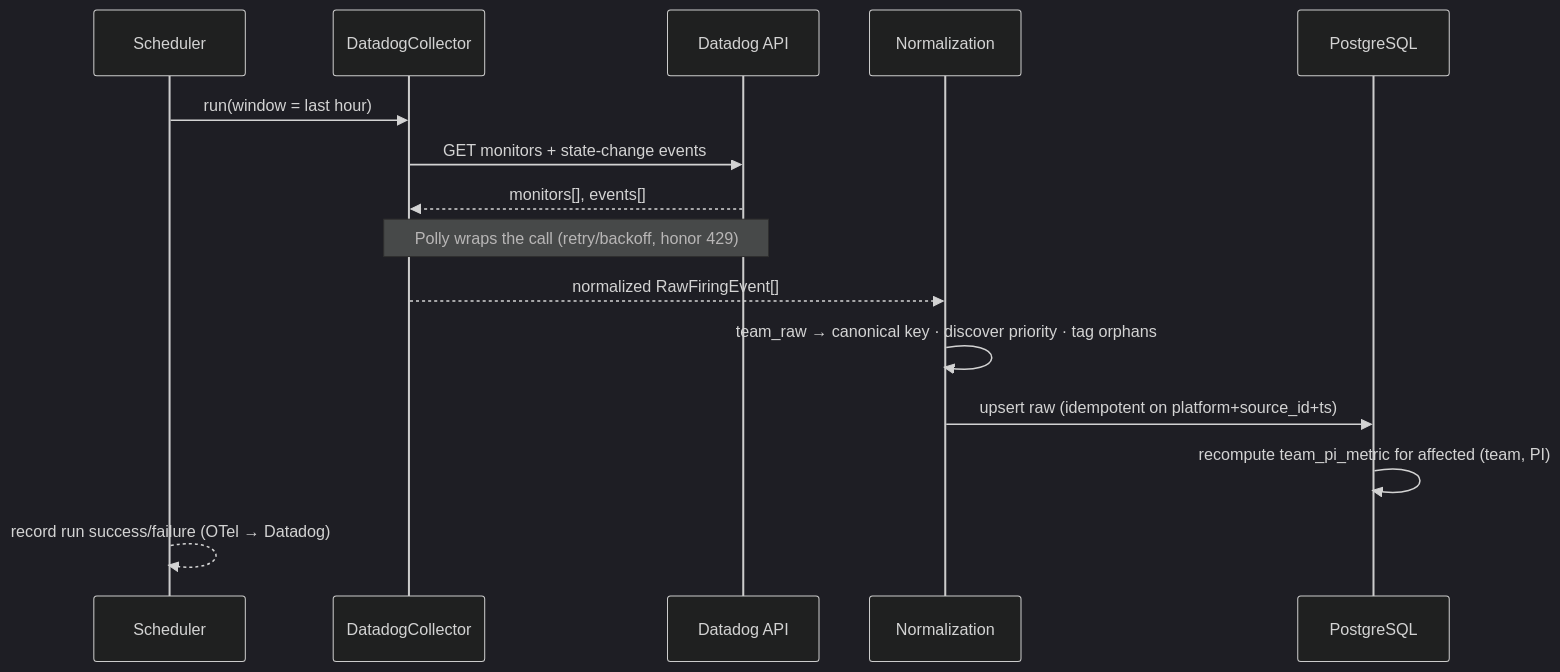
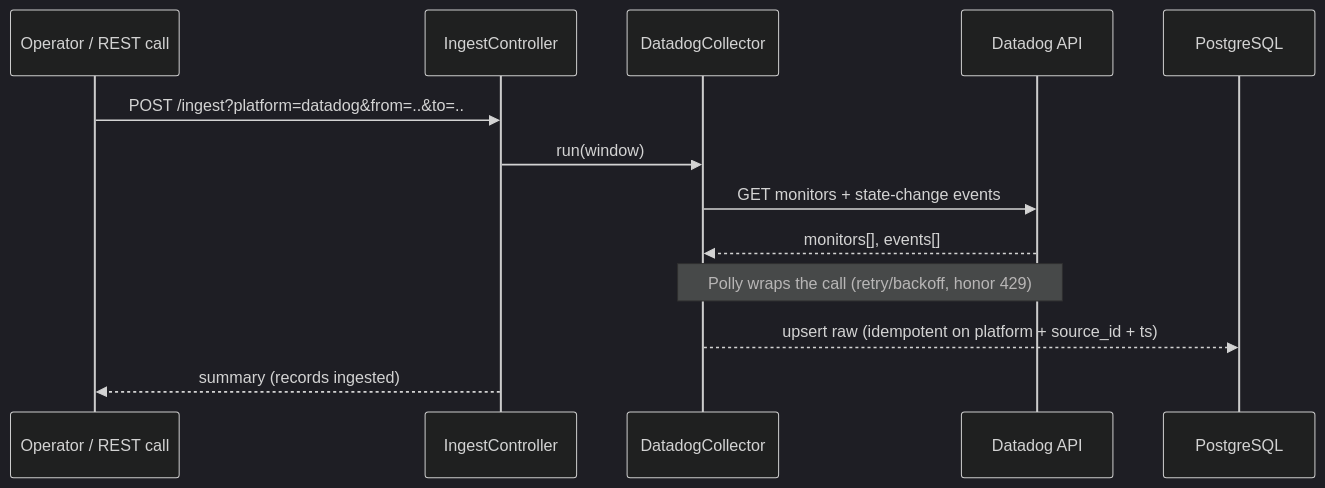
The second of 3 diagrams in docs/architecture.md (giorgikumelashvili-afk/unified-alerts-dashborad-mockup), drawn with Mermaid (dark theme) before and after one commit. The commit also changed other lines of this file and 46 other files, not shown here.

````diff
--- a/docs/architecture.md
+++ b/docs/architecture.md
@@ -54,17 +54,15 @@
 ```mermaid
 sequenceDiagram
-    participant Sch as Scheduler
+    participant User as Operator / REST call
+    participant Ing as IngestController
     participant Col as DatadogCollector
     participant DD as Datadog API
-    participant Norm as Normalization
     participant Store as PostgreSQL
-    Sch->>Col: run(window = last hour)
+    User->>Ing: POST /ingest?platform=datadog&from=..&to=..
+    Ing->>Col: run(window)
     Col->>DD: GET monitors + state-change events
     DD-->>Col: monitors[], events[]
     Note over Col,DD: Polly wraps the call (retry/backoff, honor 429)
-    Col-->>Norm: normalized RawFiringEvent[]
-    Norm->>Norm: team_raw → canonical key · discover priority · tag orphans
-    Norm->>Store: upsert raw (idempotent on platform+source_id+ts)
-    Store->>Store: recompute team_pi_metric for affected (team, PI)
-    Sch-->>Sch: record run success/failure (OTel → Datadog)
+    Col-->>Store: upsert raw (idempotent on platform + source_id + ts)
+    Ing-->>User: summary (records ingested)
 ```
````
